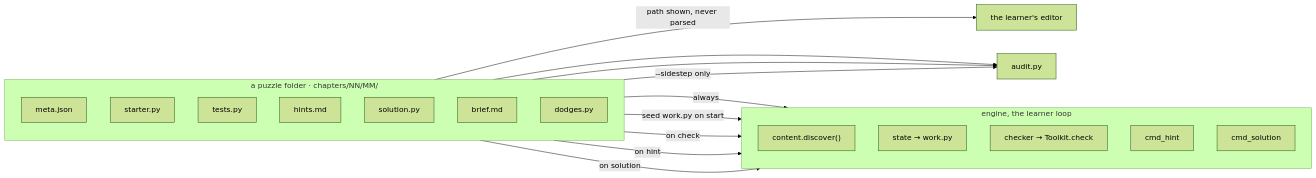
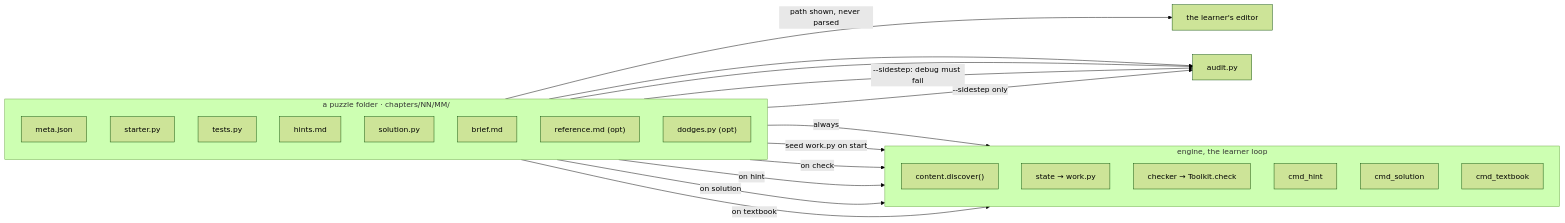
The eighth of 10 diagrams in docs/architecture/README.md (N041M/PyQuest), drawn with Mermaid (forest theme) before and after one commit. The commit also changed other lines of this file and 9 other files, not shown here.

Commit message:
Overhaul docs: master class diagram, refresh stale content, trim redundant diagrams

````diff
--- a/docs/architecture/README.md
+++ b/docs/architecture/README.md
@@ -288,35 +395,39 @@
 ```mermaid
 flowchart LR
     subgraph puzzle["a puzzle folder · chapters/NN/MM/"]
         direction TB
         meta["meta.json"]
         starter["starter.py"]
         tests["tests.py"]
         hints["hints.md"]
         solution["solution.py"]
         brief["brief.md"]
-        dodges["dodges.py"]
+        reference["reference.md (opt)"]
+        dodges["dodges.py (opt)"]
     end
 
     subgraph loop["engine, the learner loop"]
         direction TB
         discover["content.discover()"]
         ws["state → work.py"]
         check["checker → Toolkit.check"]
         hint["cmd_hint"]
         sol["cmd_solution"]
+        book["cmd_textbook"]
     end
 
     editor["the learner's editor"]
     audit["audit.py"]
 
     meta -->|always| discover
     starter -->|"seed work.py on start"| ws
     tests -->|on check| check
     hints -->|on hint| hint
     solution -->|on solution| sol
+    reference -->|on textbook| book
     brief -->|"path shown, never parsed"| editor
     tests --> audit
     solution --> audit
+    starter -->|"--sidestep: debug must fail"| audit
     dodges -->|"--sidestep only"| audit
 ```
````
